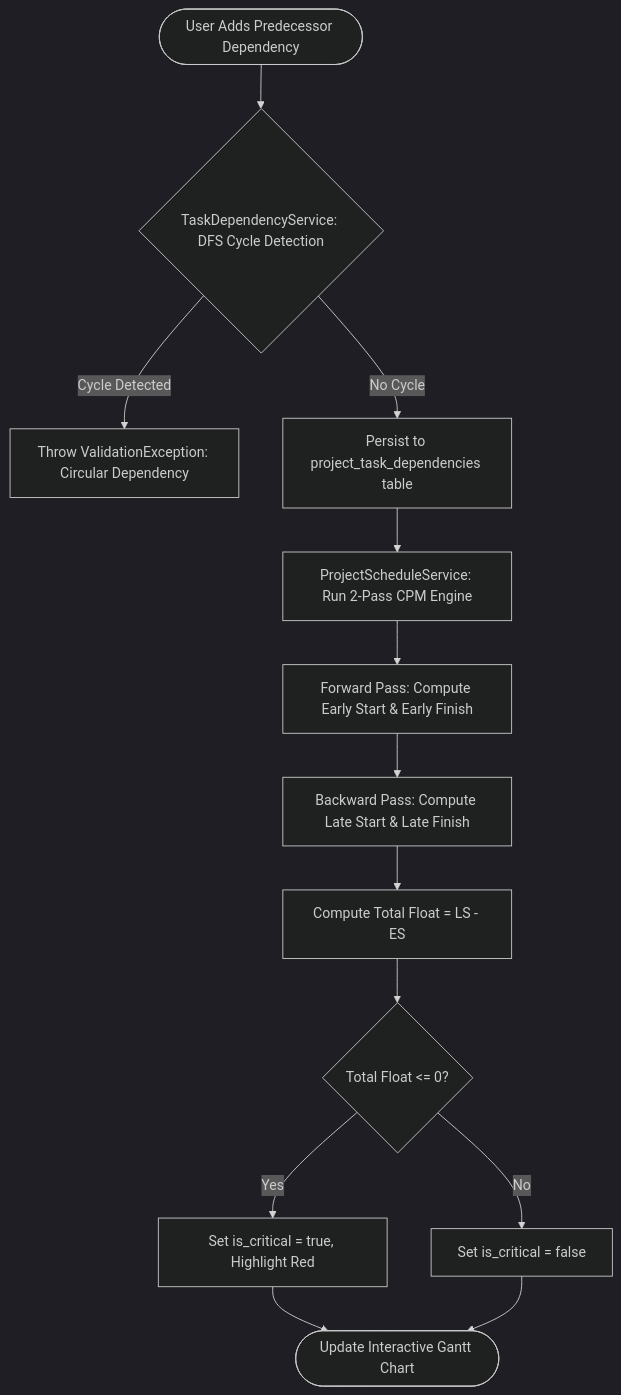
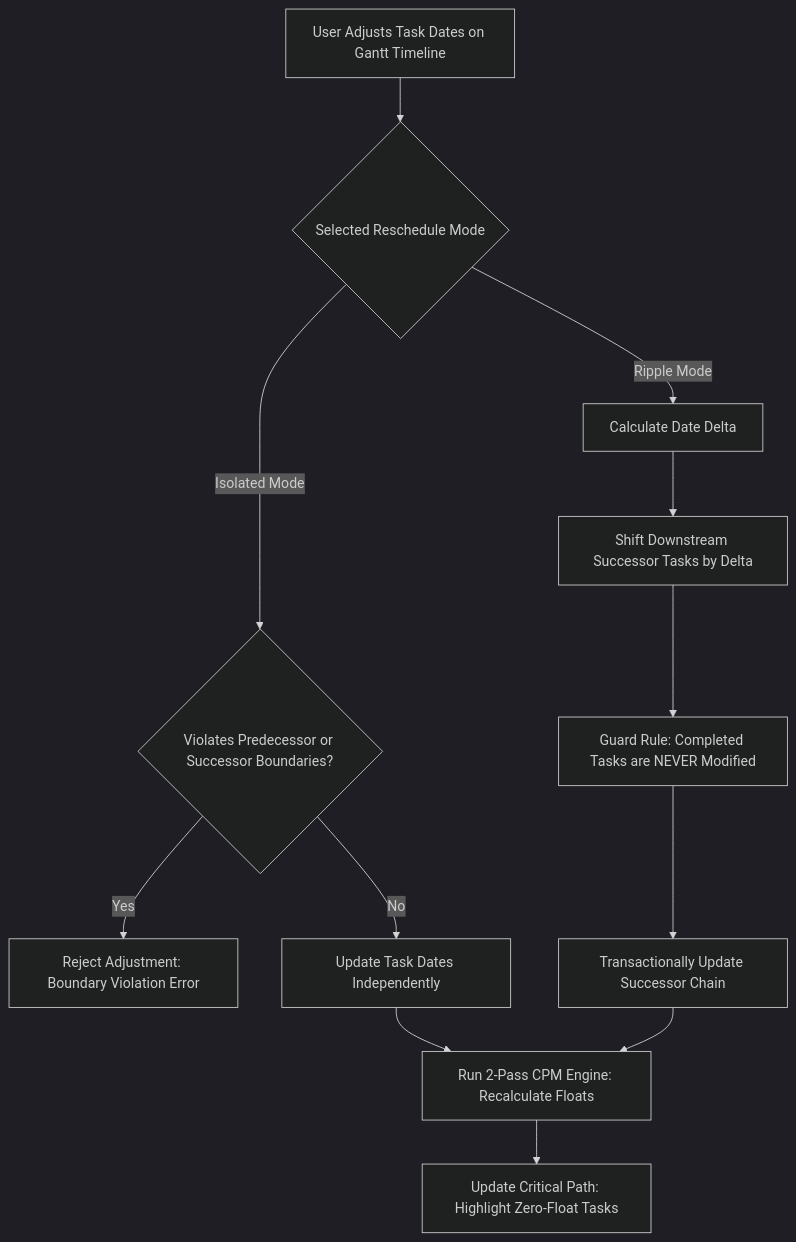
The fifth of 8 diagrams in docs/user-manuals/project-management/WORKFLOWS.md (Warrgyizmorsch/wm-product-saas), drawn with Mermaid (dark theme) before and after one commit. The commit also changed other lines of this file and 23 other files, not shown here.

````diff
--- a/docs/user-manuals/project-management/WORKFLOWS.md
+++ b/docs/user-manuals/project-management/WORKFLOWS.md
@@ -58,16 +175,17 @@
 ```mermaid
 flowchart TD
-    AddDep([User Adds Predecessor Dependency]) --> CycleCheck{TaskDependencyService: DFS Cycle Detection}
-    CycleCheck -- Cycle Detected --> AbortCycle[Throw ValidationException: Circular Dependency]
-    CycleCheck -- No Cycle --> PersistDep[Persist to project_task_dependencies table]
-    
-    PersistDep --> RunCPM[ProjectScheduleService: Run 2-Pass CPM Engine]
-    RunCPM --> FwdPass[Forward Pass: Compute Early Start & Early Finish]
-    FwdPass --> BwdPass[Backward Pass: Compute Late Start & Late Finish]
-    BwdPass --> FloatCalc[Compute Total Float = LS - ES]
-    FloatCalc --> CritFlag{Total Float <= 0?}
-    CritFlag -- Yes --> SetCrit[Set is_critical = true, Highlight Red]
-    CritFlag -- No --> SetNonCrit[Set is_critical = false]
-    SetCrit --> RenderGantt([Update Interactive Gantt Chart])
-    SetNonCrit --> RenderGantt
+    UserDrag[User Adjusts Task Dates on Gantt Timeline] --> ModeSelect{Selected Reschedule Mode}
+
+    ModeSelect -- Isolated Mode --> IsoCheck{Violates Predecessor or Successor Boundaries?}
+    IsoCheck -- Yes --> RejectIso[Reject Adjustment: Boundary Violation Error]
+    IsoCheck -- No --> SaveIso[Update Task Dates Independently]
+
+    ModeSelect -- Ripple Mode --> CalcDelta[Calculate Date Delta]
+    CalcDelta --> ShiftSuccessors[Shift Downstream Successor Tasks by Delta]
+    ShiftSuccessors --> SafeCompleted[Guard Rule: Completed Tasks are NEVER Modified]
+    SafeCompleted --> PersistRipple[Transactionally Update Successor Chain]
+
+    SaveIso --> RecalcCPM[Run 2-Pass CPM Engine: Recalculate Floats]
+    PersistRipple --> RecalcCPM
+    RecalcCPM --> UpdateCrit[Update Critical Path: Highlight Zero-Float Tasks]
 ```
````
